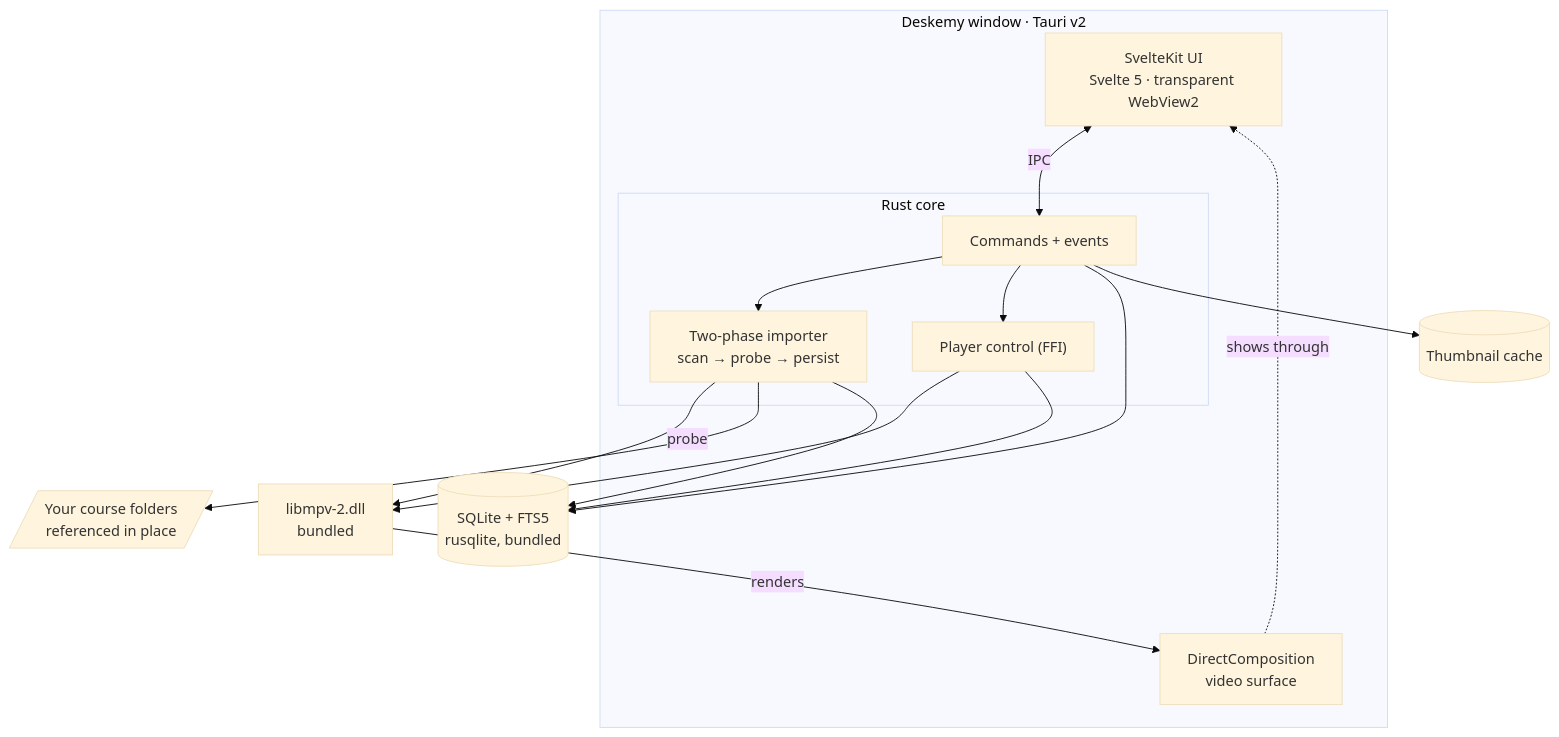
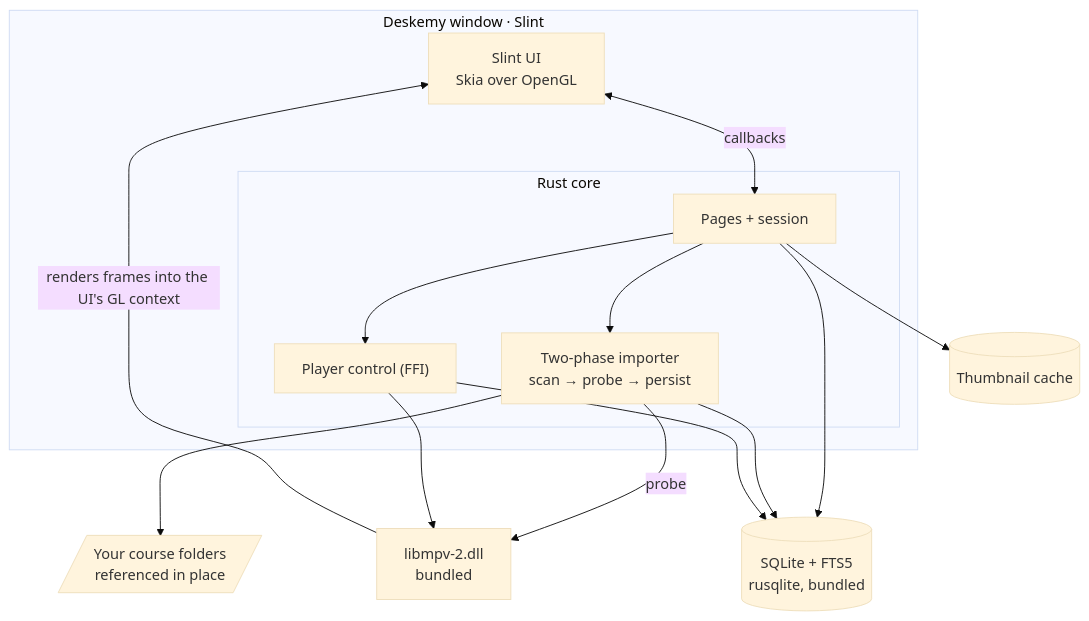
One commit to NFRohan/Deskemy changed the diagram in README.md. Above: the diagram before and after it, drawn with Mermaid (base theme). The commit also changed other lines of this file and 9 other files, not shown here.

````diff
--- a/README.md
+++ b/README.md
@@ -164,30 +170,28 @@
 ```mermaid
 flowchart TB
-    subgraph win["Deskemy window · Tauri v2"]
-        ui["SvelteKit UI<br/>Svelte 5 · transparent WebView2"]
+    subgraph win["Deskemy window · Slint"]
+        ui["Slint UI<br/>Skia over OpenGL"]
         subgraph core["Rust core"]
-            cmd["Commands + events"]
+            cmd["Pages + session"]
             imp["Two-phase importer<br/>scan → probe → persist"]
             ply["Player control (FFI)"]
         end
-        dcomp["DirectComposition<br/>video surface"]
     end
 
     mpv["libmpv-2.dll<br/>bundled"]
     db[("SQLite + FTS5<br/>rusqlite, bundled")]
     thumb[("Thumbnail cache")]
     files[/"Your course folders<br/>referenced in place"/]
 
-    ui <-->|IPC| cmd
+    ui <-->|callbacks| cmd
     cmd --> imp
     cmd --> ply
     cmd --> db
     cmd --> thumb
     imp -->|probe| mpv
     imp --> files
     imp --> db
     ply --> mpv
     ply --> db
-    mpv -->|renders| dcomp
-    dcomp -.->|shows through| ui
+    mpv -->|renders frames into the UI's GL context| ui
 ```
````
